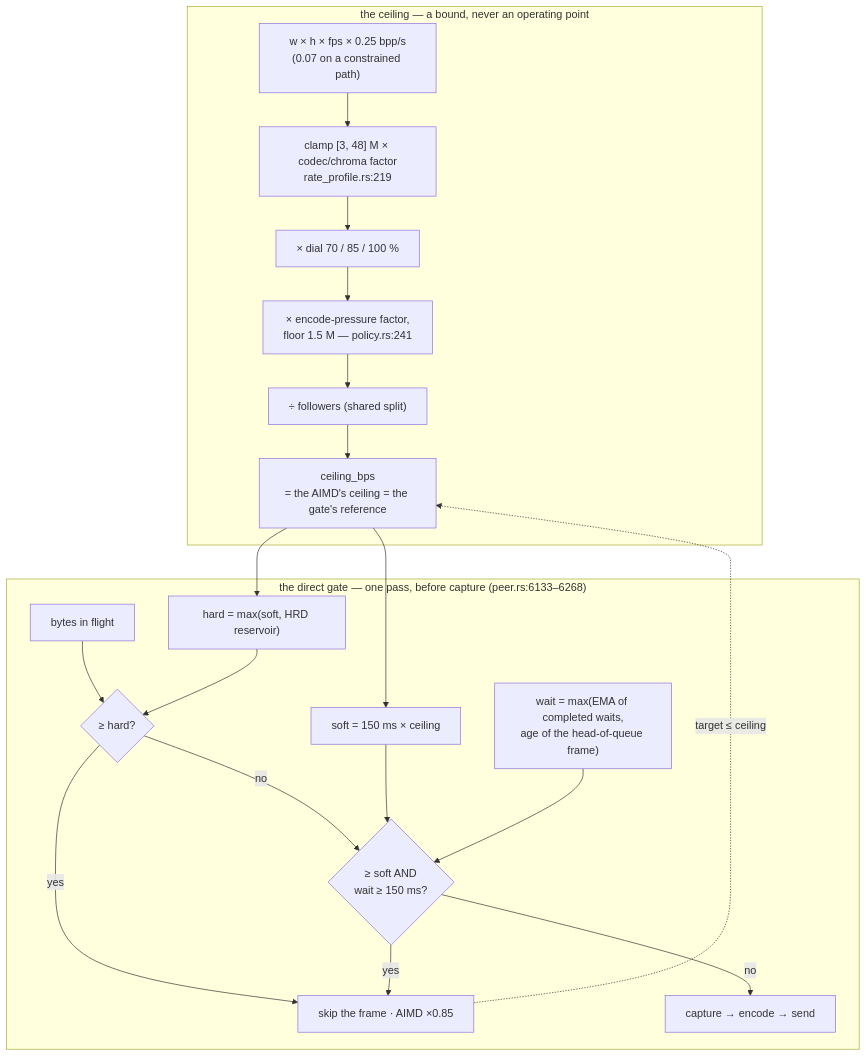
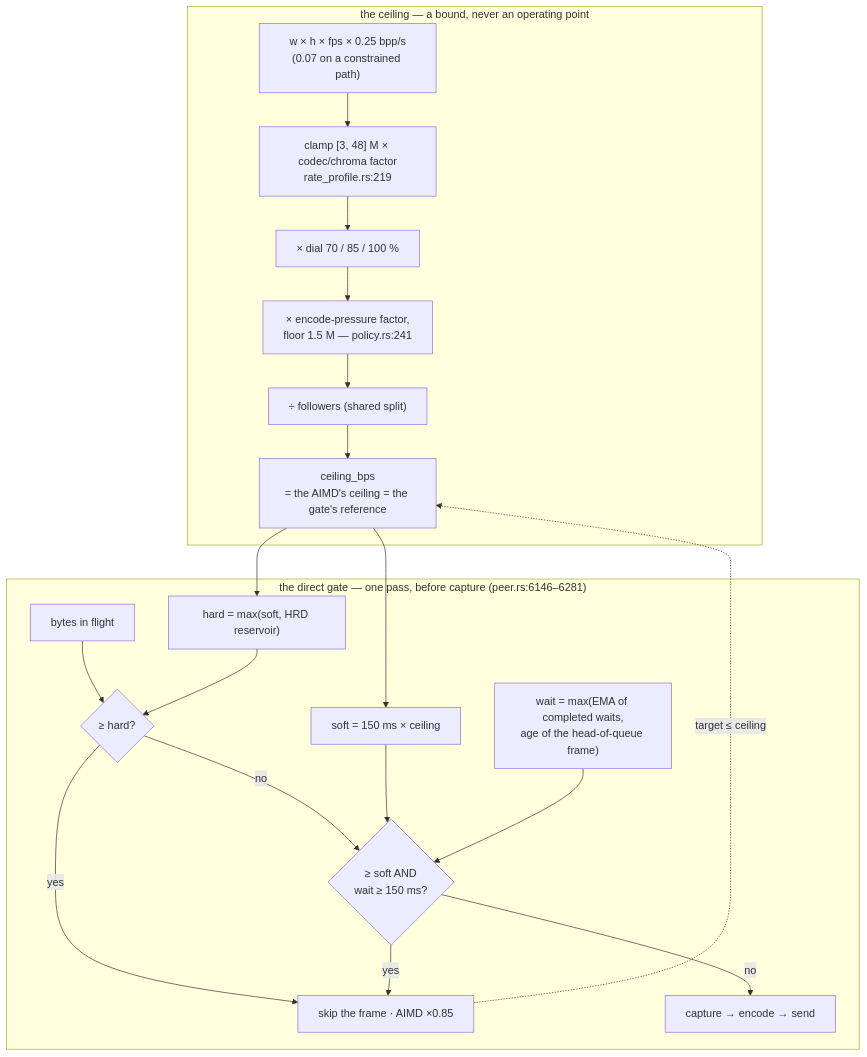
One commit to gjovanov/roomler-ai changed the fifth of 7 diagrams in docs/rate-control.md. Above: the diagram before and after it, drawn with Mermaid. The commit also changed other lines of this file and 79 other files, not shown here.

````diff
--- a/docs/rate-control.md
+++ b/docs/rate-control.md
@@ -658,24 +658,24 @@
 ```mermaid
 flowchart TB
     subgraph ceiling["the ceiling — a bound, never an operating point"]
         G["w × h × fps × 0.25 bpp/s<br/>(0.07 on a constrained path)"] --> C["clamp [3, 48] M × codec/chroma factor<br/>rate_profile.rs:219"]
         C --> D["× dial 70 / 85 / 100 %"]
         D --> E["× encode-pressure factor,<br/>floor 1.5 M — policy.rs:241"]
         E --> S["÷ followers (shared split)"]
         S --> CEIL["ceiling_bps<br/>= the AIMD's ceiling = the gate's reference"]
     end
-    subgraph gate["the direct gate — one pass, before capture (peer.rs:6133–6268)"]
+    subgraph gate["the direct gate — one pass, before capture (peer.rs:6146–6281)"]
         CEIL --> SOFT["soft = 150 ms × ceiling"]
         CEIL --> HARD["hard = max(soft, HRD reservoir)"]
         W["wait = max(EMA of completed waits,<br/>age of the head-of-queue frame)"]
         Q["bytes in flight"] --> H{"≥ hard?"}
         HARD --> H
         H -- yes --> TRIP["skip the frame · AIMD ×0.85"]
         H -- no --> SQ{"≥ soft AND<br/>wait ≥ 150 ms?"}
         SOFT --> SQ
         W --> SQ
         SQ -- yes --> TRIP
         SQ -- no --> PASS["capture → encode → send"]
     end
     TRIP -.->|"target ≤ ceiling"| CEIL
 ```
````
